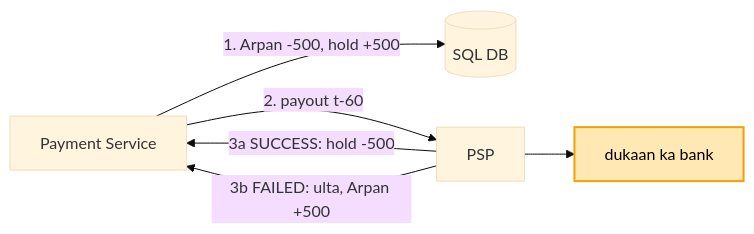
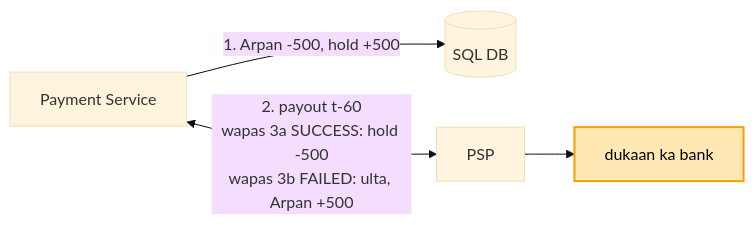
The fourth of 6 diagrams in 04_HLD/SYSTEM_DESIGNS/06_payment_system/06_payment_system.md (ArpanMaheshwari144/Prep), drawn with Mermaid (base theme) before and after one commit. The commit also changed other lines of this file and 7 other files, not shown here.

Commit message:
HLD diagram: 13 jagah do dabbon ke beech do teer the (label dabbe pe chadhta) -> ek teer, jaata / wapas do line

````diff
--- a/04_HLD/SYSTEM_DESIGNS/06_payment_system/06_payment_system.md
+++ b/04_HLD/SYSTEM_DESIGNS/06_payment_system/06_payment_system.md
@@ -199,8 +197,7 @@
 ```mermaid
 flowchart LR
     S["Payment Service"] -- "1. Arpan -500, hold +500" --> D[("SQL DB")]
-    S -- "2. payout t-60" --> P["PSP"] --> B["dukaan ka bank"]
-    P -- "3a SUCCESS: hold -500" --> S
-    P -- "3b FAILED: ulta, Arpan +500" --> S
+    S <-->|"2. payout t-60<br/>wapas 3a SUCCESS: hold -500<br/>wapas 3b FAILED: ulta, Arpan +500"| P["PSP"]
+    P --> B["dukaan ka bank"]
     style B fill:#ffe8b3,stroke:#f59f00,stroke-width:2px,color:#000
 ```
````
